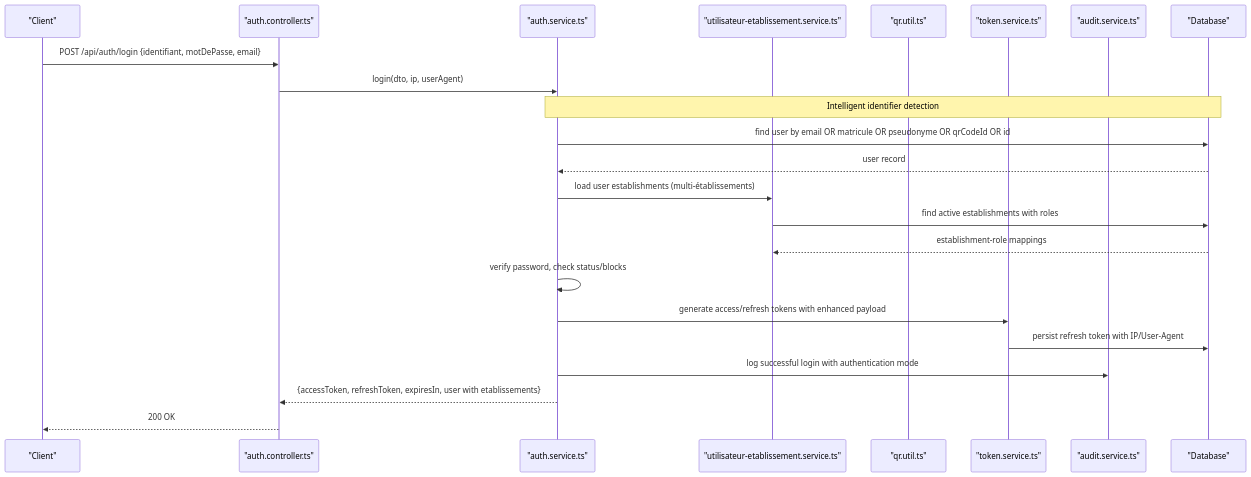
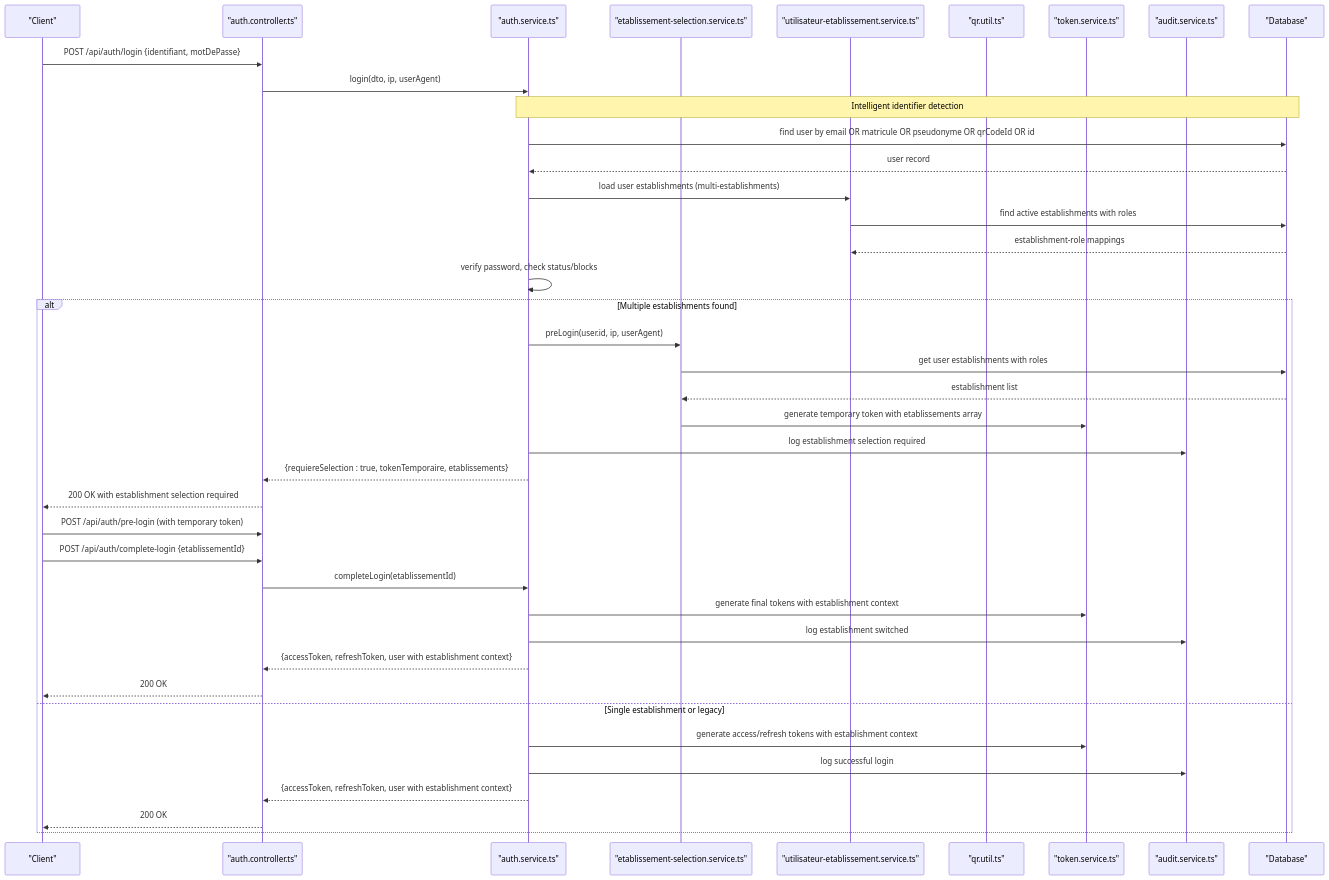
One commit to franckylab/eLISAschool changed the second of 13 diagrams in .qoder/repowiki/en/content/Authentication & Authorization/Authentication Flow.md. Above: the diagram before and after it, drawn with Mermaid. The commit also changed other lines of this file and 281 other files, not shown here.

First line of the commit message:
fix(auth): corriger le token incomplet dans EtablissementSwitcher

````diff
--- a/.qoder/repowiki/en/content/Authentication & Authorization/Authentication Flow.md
+++ b/.qoder/repowiki/en/content/Authentication & Authorization/Authentication Flow.md
@@ -196,25 +228,42 @@
 ```mermaid
 sequenceDiagram
 participant Client as "Client"
 participant Ctrl as "auth.controller.ts"
 participant Svc as "auth.service.ts"
+participant ESS as "etablissement-selection.service.ts"
 participant UES as "utilisateur-etablissement.service.ts"
 participant QRU as "qr.util.ts"
 participant Tok as "token.service.ts"
 participant Aud as "audit.service.ts"
 participant DB as "Database"
-Client->>Ctrl : POST /api/auth/login {identifiant, motDePasse, email}
+Client->>Ctrl : POST /api/auth/login {identifiant, motDePasse}
 Ctrl->>Svc : login(dto, ip, userAgent)
 Note over Svc,DB : Intelligent identifier detection
 Svc->>DB : find user by email OR matricule OR pseudonyme OR qrCodeId OR id
 DB-->>Svc : user record
-Svc->>UES : load user establishments (multi-établissements)
+Svc->>UES : load user establishments (multi-establishments)
 UES->>DB : find active establishments with roles
 DB-->>UES : establishment-role mappings
 Svc->>Svc : verify password, check status/blocks
-Svc->>Tok : generate access/refresh tokens with enhanced payload
-Tok->>DB : persist refresh token with IP/User-Agent
-Svc->>Aud : log successful login with authentication mode
-Svc-->>Ctrl : {accessToken, refreshToken, expiresIn, user with etablissements}
+alt Multiple establishments found
+Svc->>ESS : preLogin(user.id, ip, userAgent)
+ESS->>DB : get user establishments with roles
+DB-->>ESS : establishment list
+ESS->>Tok : generate temporary token with etablissements array
+Svc->>Aud : log establishment selection required
+Svc-->>Ctrl : {requiereSelection : true, tokenTemporaire, etablissements}
+Ctrl-->>Client : 200 OK with establishment selection required
+Client->>Ctrl : POST /api/auth/pre-login (with temporary token)
+Client->>Ctrl : POST /api/auth/complete-login {etablissementId}
+Ctrl->>Svc : completeLogin(etablissementId)
+Svc->>Tok : generate final tokens with establishment context
+Svc->>Aud : log establishment switched
+Svc-->>Ctrl : {accessToken, refreshToken, user with establishment context}
 Ctrl-->>Client : 200 OK
+else Single establishment or legacy
+Svc->>Tok : generate access/refresh tokens with establishment context
+Svc->>Aud : log successful login
+Svc-->>Ctrl : {accessToken, refreshToken, user with establishment context}
+Ctrl-->>Client : 200 OK
+end
 ```
````
